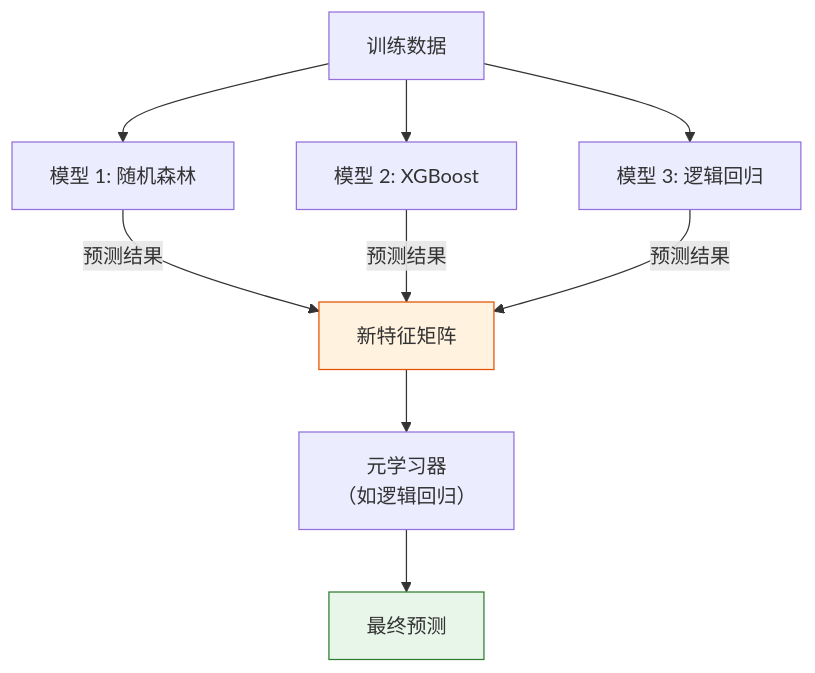
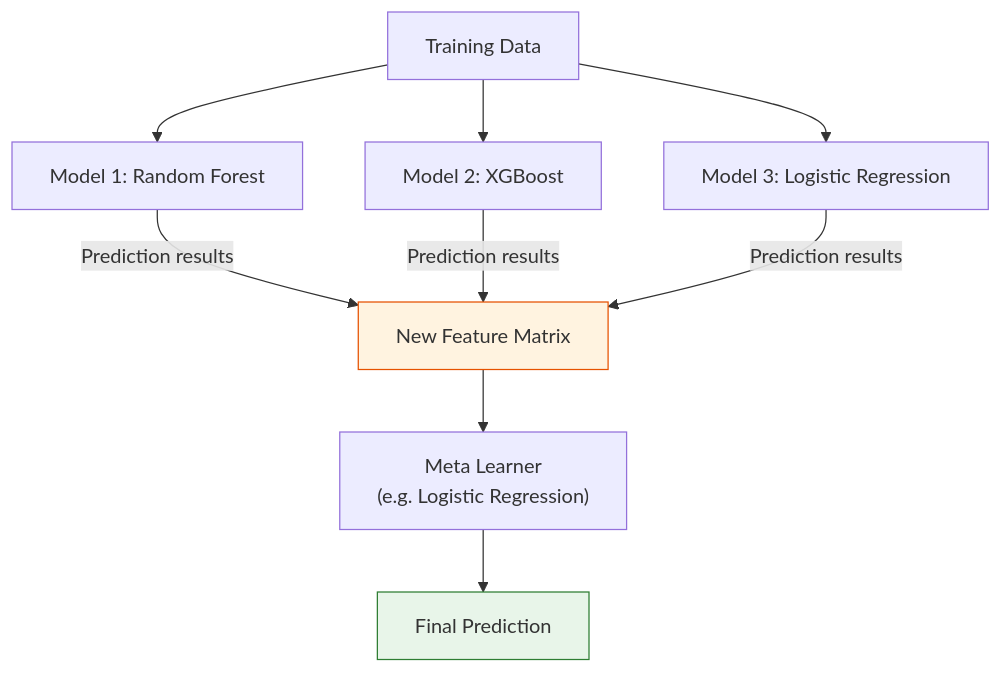
The fourth of 5 diagrams in docs/ch05-machine-learning/ch02-supervised/04-ensemble-learning.md (oudbiao/AI-fullstack-course), drawn with Mermaid before and after one commit. The commit also changed other lines of this file and 1406 other files, not shown here.

````diff
--- a/docs/ch05-machine-learning/ch02-supervised/04-ensemble-learning.md
+++ b/docs/ch05-machine-learning/ch02-supervised/04-ensemble-learning.md
@@ -638,15 +638,15 @@
 ```mermaid
 flowchart TD
-    D["训练数据"]
-    D --> M1["模型 1: 随机森林"]
-    D --> M2["模型 2: XGBoost"]
-    D --> M3["模型 3: 逻辑回归"]
-    M1 -->|"预测结果"| F["新特征矩阵"]
-    M2 -->|"预测结果"| F
-    M3 -->|"预测结果"| F
-    F --> META["元学习器<br/>（如逻辑回归）"]
-    META --> R["最终预测"]
+    D["Training Data"]
+    D --> M1["Model 1: Random Forest"]
+    D --> M2["Model 2: XGBoost"]
+    D --> M3["Model 3: Logistic Regression"]
+    M1 -->|"Prediction results"| F["New Feature Matrix"]
+    M2 -->|"Prediction results"| F
+    M3 -->|"Prediction results"| F
+    F --> META["Meta Learner<br/>(e.g. Logistic Regression)"]
+    META --> R["Final Prediction"]
 
     style F fill:#fff3e0,stroke:#e65100,color:#333
     style R fill:#e8f5e9,stroke:#2e7d32,color:#333
 ```
````
